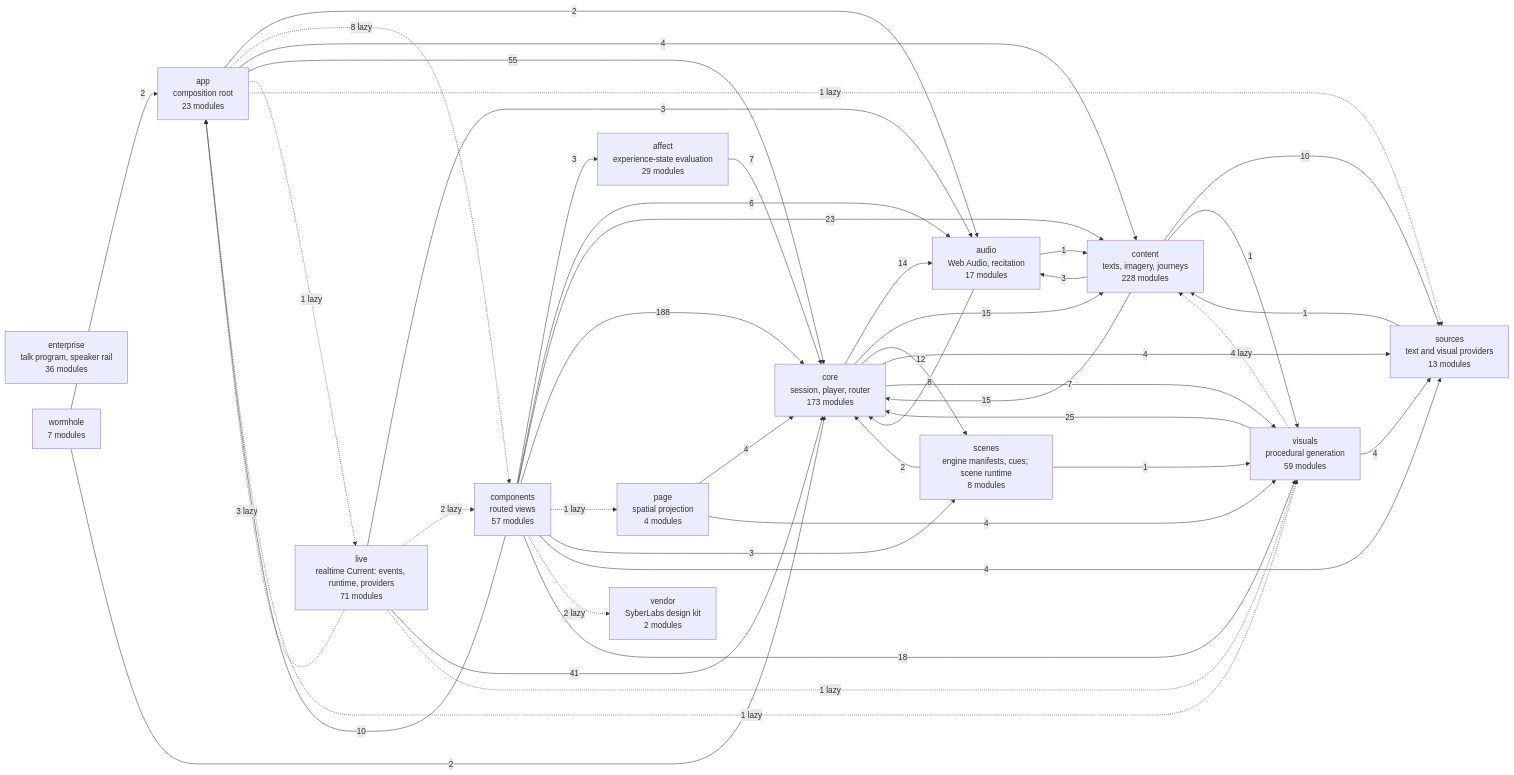
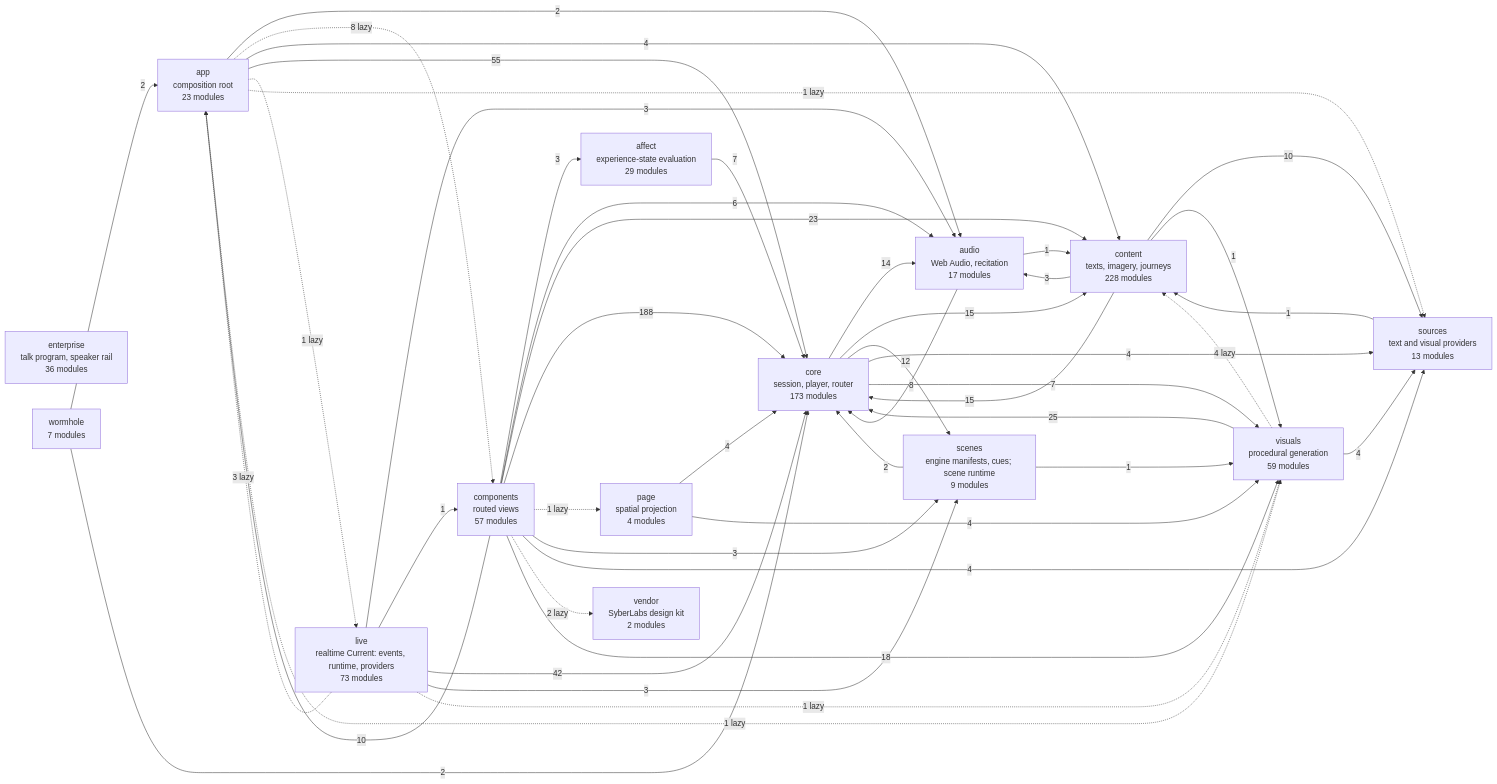
The diagram in docs/specs/ARCHITECTURE.md (SyberLabs/RISE), drawn with Mermaid before and after one commit. The commit also changed 21 other files, not shown here.

````diff
--- a/docs/specs/ARCHITECTURE.md
+++ b/docs/specs/ARCHITECTURE.md
@@ -161,62 +161,63 @@
 ```mermaid
 flowchart LR
     affect["affect<br/>experience-state evaluation<br/>29 modules"]
     app["app<br/>composition root<br/>23 modules"]
     audio["audio<br/>Web Audio, recitation<br/>17 modules"]
     components["components<br/>routed views<br/>57 modules"]
     content["content<br/>texts, imagery, journeys<br/>228 modules"]
     core["core<br/>session, player, router<br/>173 modules"]
     enterprise["enterprise<br/>talk program, speaker rail<br/>36 modules"]
-    live["live<br/>realtime Current: events, runtime, providers<br/>71 modules"]
+    live["live<br/>realtime Current: events, runtime, providers<br/>73 modules"]
     page["page<br/>spatial projection<br/>4 modules"]
-    scenes["scenes<br/>engine manifests, cues; scene runtime<br/>8 modules"]
+    scenes["scenes<br/>engine manifests, cues; scene runtime<br/>9 modules"]
     sources["sources<br/>text and visual providers<br/>13 modules"]
     vendor["vendor<br/>SyberLabs design kit<br/>2 modules"]
     visuals["visuals<br/>procedural generation<br/>59 modules"]
     wormhole["wormhole<br/>7 modules"]
 
     affect --> |7| core
     app --> |2| audio
     app -.-> |8 lazy| components
     app --> |4| content
     app --> |55| core
     app -.-> |1 lazy| live
     app -.-> |1 lazy| sources
     app -.-> |1 lazy| visuals
     audio --> |1| content
     audio --> |8| core
     components --> |3| affect
     components --> |10| app
     components --> |6| audio
     components --> |23| content
     components --> |188| core
     components -.-> |1 lazy| page
     components --> |3| scenes
     components --> |4| sources
     components -.-> |2 lazy| vendor
     components --> |18| visuals
     content --> |3| audio
     content --> |15| core
     content --> |10| sources
     content --> |1| visuals
     core --> |14| audio
     core --> |15| content
     core --> |12| scenes
     core --> |4| sources
     core --> |7| visuals
     live -.-> |3 lazy| app
     live --> |3| audio
-    live -.-> |2 lazy| components
-    live --> |41| core
+    live --> |1| components
+    live --> |42| core
+    live --> |3| scenes
     live -.-> |1 lazy| visuals
     page --> |4| core
     page --> |4| visuals
     scenes --> |2| core
     scenes --> |1| visuals
     sources --> |1| content
     visuals -.-> |4 lazy| content
     visuals --> |25| core
     visuals --> |4| sources
     wormhole --> |2| app
     wormhole --> |2| core
 ```
````
